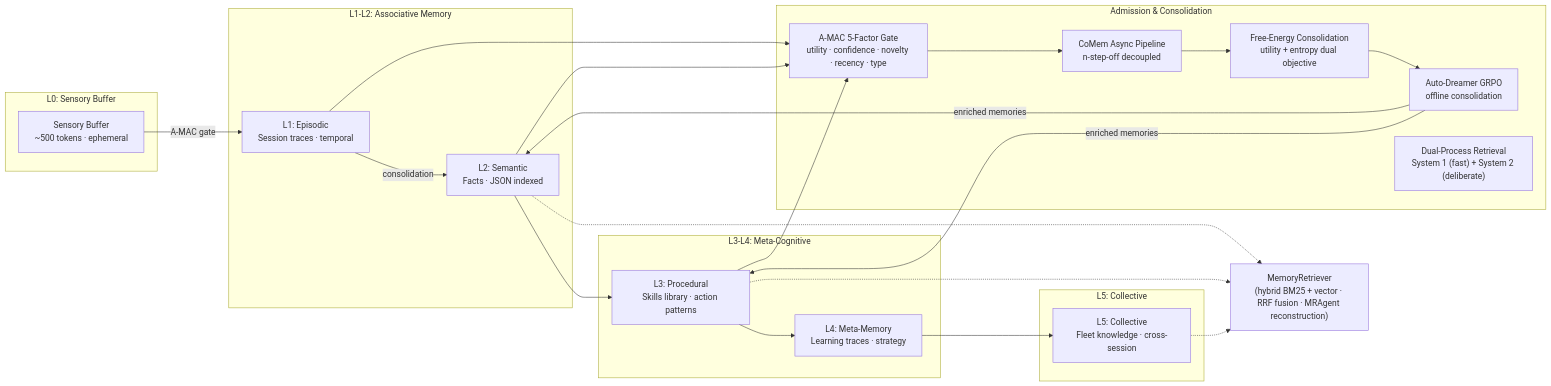
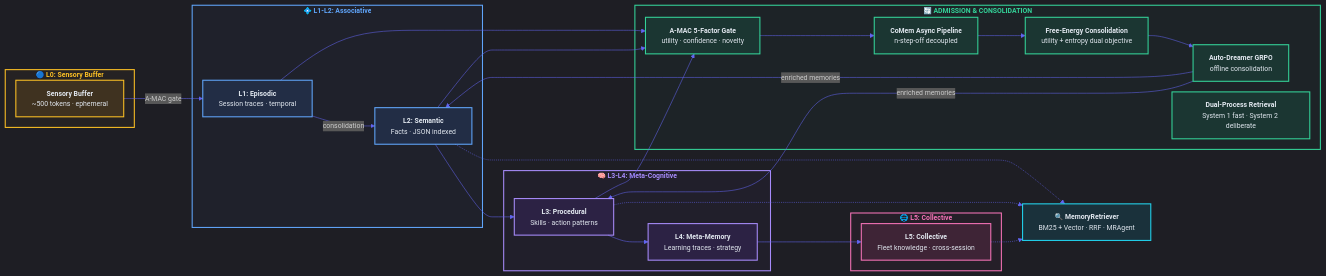
The third of 6 diagrams in README.md (ndqkhanh/lyra), drawn with Mermaid before and after one commit. The commit also changed other lines of this file, not shown here.

First line of the commit message:
docs: Enhance all 6 mermaid diagrams with dark theme, color-coded layers, icons, and styled nodes

````diff
--- a/README.md
+++ b/README.md
@@ -207,43 +243,64 @@
 ```mermaid
+%%{init: {'theme': 'dark', 'themeVariables': {'primaryColor': '#7c3aed', 'lineColor': '#6366f1', 'fontSize': '13px'}, 'flowchart': {'nodeSpacing': 20, 'rankSpacing': 40}}}%%
 graph LR
-    subgraph "L0: Sensory Buffer"
-        STM["Sensory Buffer<br/>~500 tokens · ephemeral"]
+    subgraph L0["<b style='color:#fbbf24;'>🔵 L0: Sensory Buffer</b>"]
+        STM["<b>Sensory Buffer</b><br/>~500 tokens · ephemeral"]
     end
 
-    subgraph "L1-L2: Associative Memory"
-        WM["L1: Episodic<br/>Session traces · temporal"]
-        SM["L2: Semantic<br/>Facts · JSON indexed"]
+    subgraph L12["<b style='color:#60a5fa;'>💠 L1-L2: Associative</b>"]
+        WM["<b>L1: Episodic</b><br/>Session traces · temporal"]
+        SM["<b>L2: Semantic</b><br/>Facts · JSON indexed"]
     end
 
-    subgraph "L3-L4: Meta-Cognitive"
-        PM["L3: Procedural<br/>Skills library · action patterns"]
-        MM["L4: Meta-Memory<br/>Learning traces · strategy"]
+    subgraph L34["<b style='color:#a78bfa;'>🧠 L3-L4: Meta-Cognitive</b>"]
+        PM["<b>L3: Procedural</b><br/>Skills · action patterns"]
+        MM["<b>L4: Meta-Memory</b><br/>Learning traces · strategy"]
     end
 
-    subgraph "L5: Collective"
-        CM["L5: Collective<br/>Fleet knowledge · cross-session"]
+    subgraph L5["<b style='color:#f472b6;'>🌐 L5: Collective</b>"]
+        CM["<b>L5: Collective</b><br/>Fleet knowledge · cross-session"]
     end
 
-    subgraph "Admission & Consolidation"
-        AMAC["A-MAC 5-Factor Gate<br/>utility · confidence · novelty · recency · type"]
-        DC1["CoMem Async Pipeline<br/>n-step-off decoupled"]
-        DC2["Free-Energy Consolidation<br/>utility + entropy dual objective"]
-        DC3["Auto-Dreamer GRPO<br/>offline consolidation"]
-        DC4["Dual-Process Retrieval<br/>System 1 (fast) + System 2 (deliberate)"]
+    subgraph Consolidation["<b style='color:#34d399;'>🔄 ADMISSION & CONSOLIDATION</b>"]
+        AMAC["<b>A-MAC 5-Factor Gate</b><br/>utility · confidence · novelty"]
+        DC1["<b>CoMem Async Pipeline</b><br/>n-step-off decoupled"]
+        DC2["<b>Free-Energy Consolidation</b><br/>utility + entropy dual objective"]
+        DC3["<b>Auto-Dreamer GRPO</b><br/>offline consolidation"]
+        DC4["<b>Dual-Process Retrieval</b><br/>System 1 fast · System 2 deliberate"]
     end
 
     STM -->|"A-MAC gate"| WM
     WM -->|"consolidation"| SM
     SM --> PM
     PM --> MM
     MM --> CM
 
     WM & SM & PM --> AMAC
     AMAC --> DC1 --> DC2 --> DC3
     DC3 -->|"enriched memories"| SM & PM
 
-    MR["MemoryRetriever<br/>(hybrid BM25 + vector · RRF fusion · MRAgent reconstruction)"]
+    MR["<b>🔍 MemoryRetriever</b><br/>BM25 + Vector · RRF · MRAgent"]
     SM -.-> MR
     PM -.-> MR
     CM -.-> MR
+
+    classDef sensory fill:#f59e0b20,stroke:#fbbf24,stroke-width:2px,color:#e2e8f0
+    classDef associative fill:#3b82f620,stroke:#60a5fa,stroke-width:2px,color:#e2e8f0
+    classDef meta fill:#7c3aed20,stroke:#a78bfa,stroke-width:2px,color:#e2e8f0
+    classDef collective fill:#ec489920,stroke:#f472b6,stroke-width:2px,color:#e2e8f0
+    classDef cons fill:#10b98120,stroke:#34d399,stroke-width:2px,color:#e2e8f0
+    classDef retriever fill:#06b6d420,stroke:#22d3ee,stroke-width:2px,color:#e2e8f0
+
+    class STM sensory
+    class WM,SM associative
+    class PM,MM meta
+    class CM collective
+    class AMAC,DC1,DC2,DC3,DC4 cons
+    class MR retriever
+
+    style L0 fill:#f59e0b08,stroke:#fbbf24,stroke-width:2px
+    style L12 fill:#3b82f608,stroke:#60a5fa,stroke-width:2px
+    style L34 fill:#7c3aed08,stroke:#a78bfa,stroke-width:2px
+    style L5 fill:#ec489908,stroke:#f472b6,stroke-width:2px
+    style Consolidation fill:#10b98108,stroke:#34d399,stroke-width:2px
 ```
````
